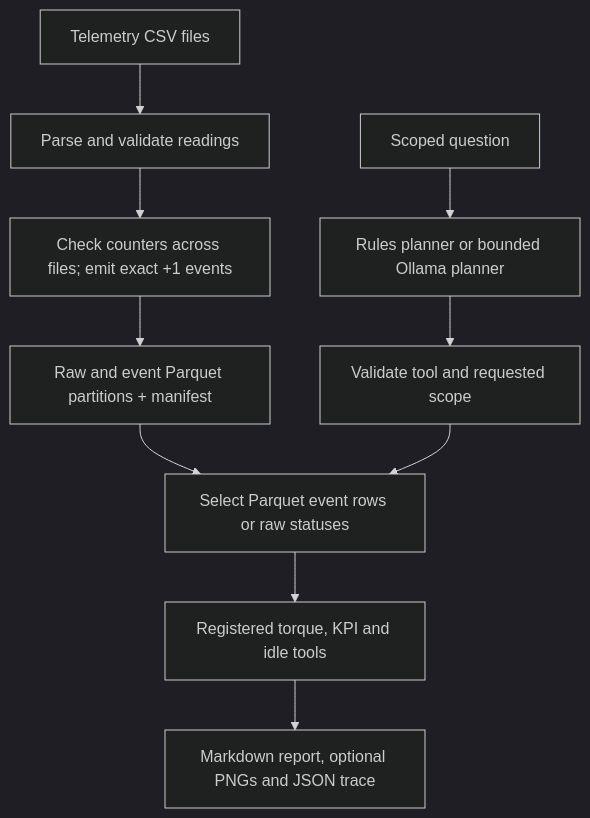
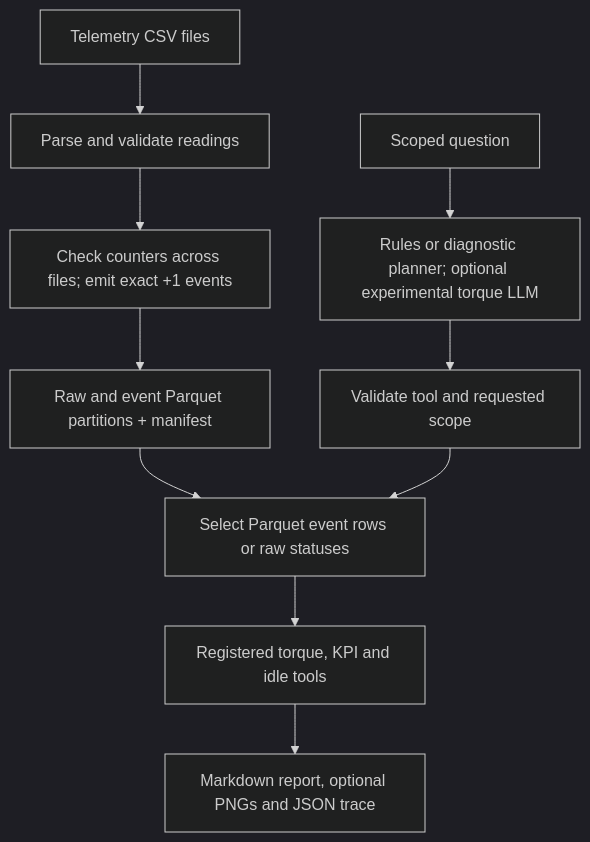
One commit to EddyKhoury/arol-telemetry-ai changed the diagram in README.MD. Above: the diagram before and after it, drawn with Mermaid (dark theme). The commit also changed other lines of this file and 13 other files, not shown here.

````diff
--- a/README.MD
+++ b/README.MD
@@ -132,12 +136,12 @@
 ```mermaid
 flowchart TD
     CSV["Telemetry CSV files"] --> Parse["Parse and validate readings"]
     Parse --> Detect["Check counters across files; emit exact +1 events"]
     Detect --> Pool["Raw and event Parquet partitions + manifest"]
-    Question["Scoped question"] --> Plan["Rules planner or bounded Ollama planner"]
+    Question["Scoped question"] --> Plan["Rules or diagnostic planner; optional experimental torque LLM"]
     Plan --> Guard["Validate tool and requested scope"]
     Pool --> Source["Select Parquet event rows or raw statuses"]
     Guard --> Source
     Source --> Tools["Registered torque, KPI and idle tools"]
     Tools --> Output["Markdown report, optional PNGs and JSON trace"]
 ```
````
